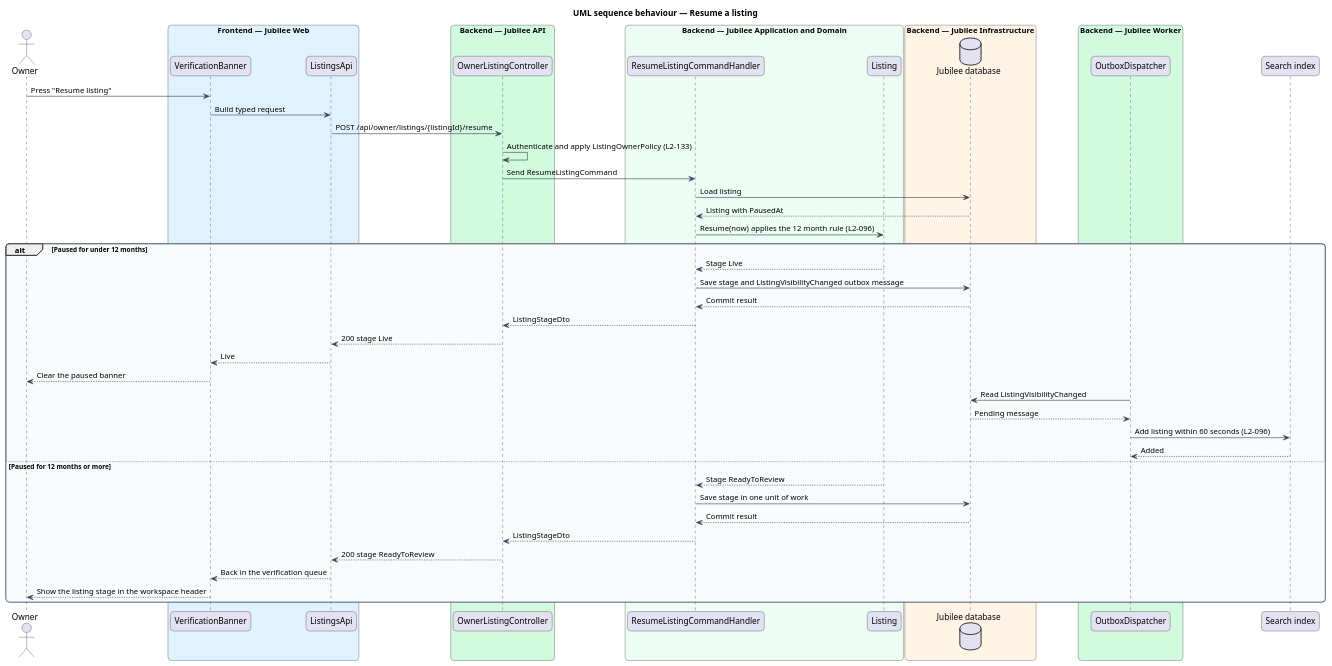
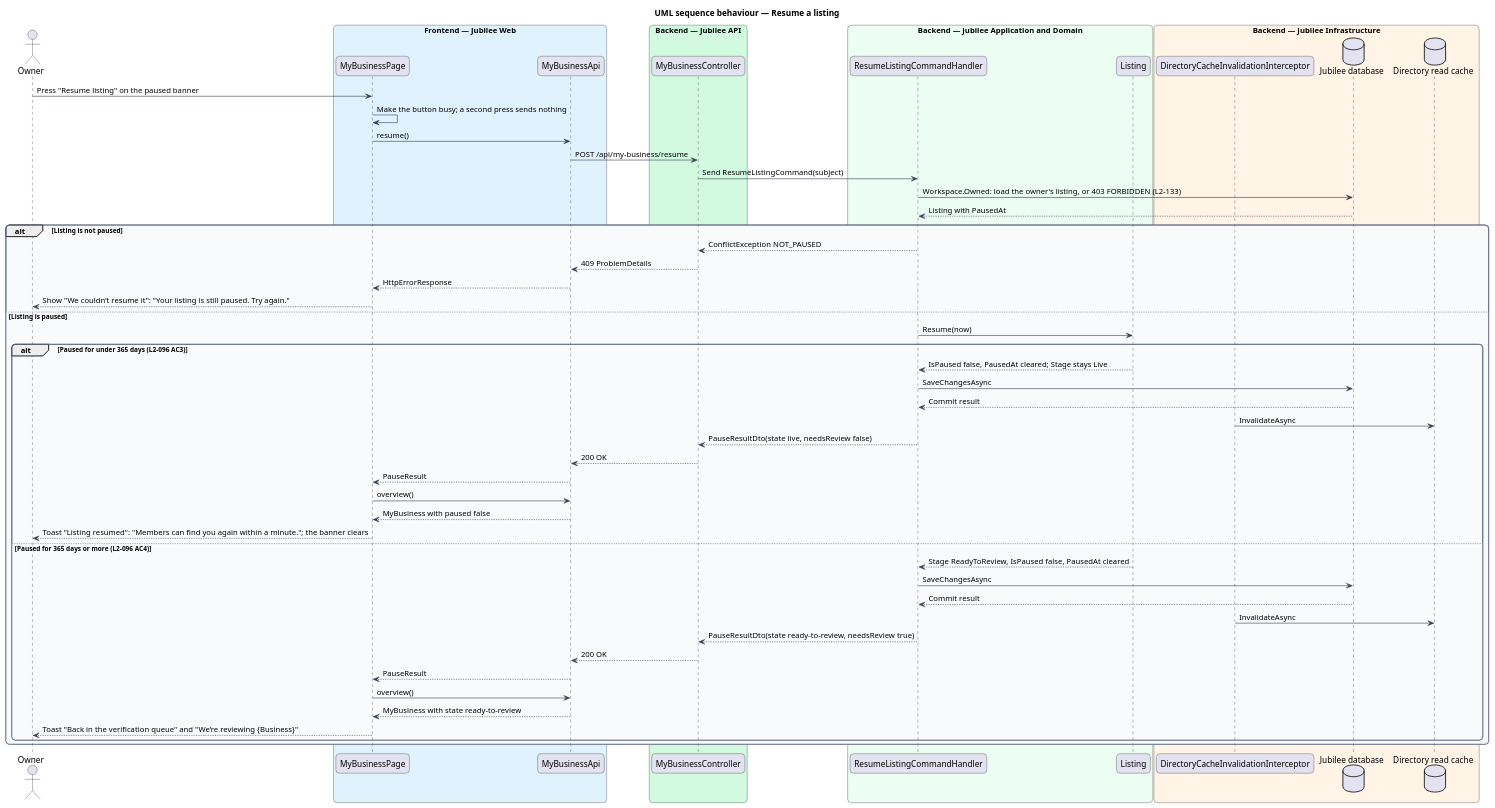
The diagram in docs/detailed-designs/owner-workspace/pause-listing/diagrams/sequence-resume-listing.puml (QuinntyneBrown/jubilee), drawn with PlantUML before and after one commit. The commit also changed 43 other files, not shown here.

```diff
--- a/docs/detailed-designs/owner-workspace/pause-listing/diagrams/sequence-resume-listing.puml
+++ b/docs/detailed-designs/owner-workspace/pause-listing/diagrams/sequence-resume-listing.puml
@@ -1,65 +1,72 @@
 @startuml
 title UML sequence behaviour — Resume a listing
 skinparam backgroundColor #FFFFFF
 skinparam shadowing false
 skinparam roundcorner 12
 skinparam defaultFontName Arial
 skinparam ArrowColor #344054
 skinparam rectangle {
   BorderColor #344054
   FontColor #101828
 }
 skinparam package {
   BorderColor #667085
   FontColor #101828
   BackgroundColor #F9FAFB
 }
 actor "Owner" as actor
 box "Frontend — Jubilee Web" #E0F2FE
-  participant "VerificationBanner" as banner
-  participant "ListingsApi" as client
+  participant "MyBusinessPage" as page
+  participant "MyBusinessApi" as client
 end box
 box "Backend — Jubilee API" #D1FADF
-  participant "OwnerListingController" as controller
+  participant "MyBusinessController" as controller
 end box
 box "Backend — Jubilee Application and Domain" #ECFDF3
   participant "ResumeListingCommandHandler" as handler
   participant "Listing" as entity
 end box
 box "Backend — Jubilee Infrastructure" #FFF4E5
+  participant "DirectoryCacheInvalidationInterceptor" as interceptor
   database "Jubilee database" as db
+  database "Directory read cache" as cache
 end box
-box "Backend — Jubilee Worker" #D1FADF
-  participant "OutboxDispatcher" as outbox
-end box
-participant "Search index" as search
-actor -> banner : Press "Resume listing"
-banner -> client : Build typed request
-client -> controller : POST /api/owner/listings/{listingId}/resume
-controller -> controller : Authenticate and apply ListingOwnerPolicy (L2-133)
-controller -> handler : Send ResumeListingCommand
-handler -> db : Load listing
+actor -> page : Press "Resume listing" on the paused banner
+page -> page : Make the button busy; a second press sends nothing
+page -> client : resume()
+client -> controller : POST /api/my-business/resume
+controller -> handler : Send ResumeListingCommand(subject)
+handler -> db : Workspace.Owned: load the owner's listing, or 403 FORBIDDEN (L2-133)
 db --> handler : Listing with PausedAt
-handler -> entity : Resume(now) applies the 12 month rule (L2-096)
-alt Paused for under 12 months
-  entity --> handler : Stage Live
-  handler -> db : Save stage and ListingVisibilityChanged outbox message
-  db --> handler : Commit result
-  handler --> controller : ListingStageDto
-  controller --> client : 200 stage Live
-  client --> banner : Live
-  banner --> actor : Clear the paused banner
-  outbox -> db : Read ListingVisibilityChanged
-  db --> outbox : Pending message
-  outbox -> search : Add listing within 60 seconds (L2-096)
-  search --> outbox : Added
-else Paused for 12 months or more
-  entity --> handler : Stage ReadyToReview
-  handler -> db : Save stage in one unit of work
-  db --> handler : Commit result
-  handler --> controller : ListingStageDto
-  controller --> client : 200 stage ReadyToReview
-  client --> banner : Back in the verification queue
-  banner --> actor : Show the listing stage in the workspace header
+alt Listing is not paused
+  handler --> controller : ConflictException NOT_PAUSED
+  controller --> client : 409 ProblemDetails
+  client --> page : HttpErrorResponse
+  page --> actor : Show "We couldn’t resume it": "Your listing is still paused. Try again."
+else Listing is paused
+  handler -> entity : Resume(now)
+  alt Paused for under 365 days (L2-096 AC3)
+    entity --> handler : IsPaused false, PausedAt cleared; Stage stays Live
+    handler -> db : SaveChangesAsync
+    db --> handler : Commit result
+    interceptor -> cache : InvalidateAsync
+    handler --> controller : PauseResultDto(state live, needsReview false)
+    controller --> client : 200 OK
+    client --> page : PauseResult
+    page -> client : overview()
+    client --> page : MyBusiness with paused false
+    page --> actor : Toast "Listing resumed": "Members can find you again within a minute."; the banner clears
+  else Paused for 365 days or more (L2-096 AC4)
+    entity --> handler : Stage ReadyToReview, IsPaused false, PausedAt cleared
+    handler -> db : SaveChangesAsync
+    db --> handler : Commit result
+    interceptor -> cache : InvalidateAsync
+    handler --> controller : PauseResultDto(state ready-to-review, needsReview true)
+    controller --> client : 200 OK
+    client --> page : PauseResult
+    page -> client : overview()
+    client --> page : MyBusiness with state ready-to-review
+    page --> actor : Toast "Back in the verification queue" and "We’re reviewing {Business}"
+  end
 end
 @enduml
```
